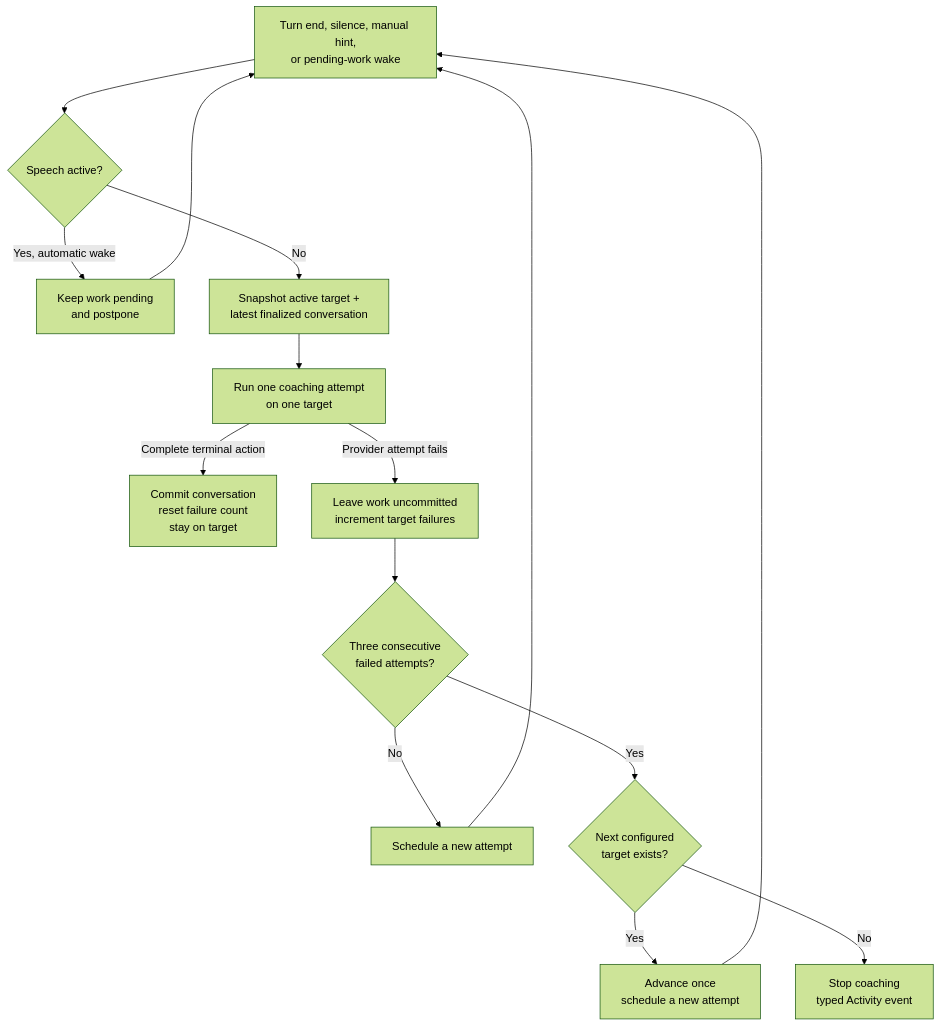
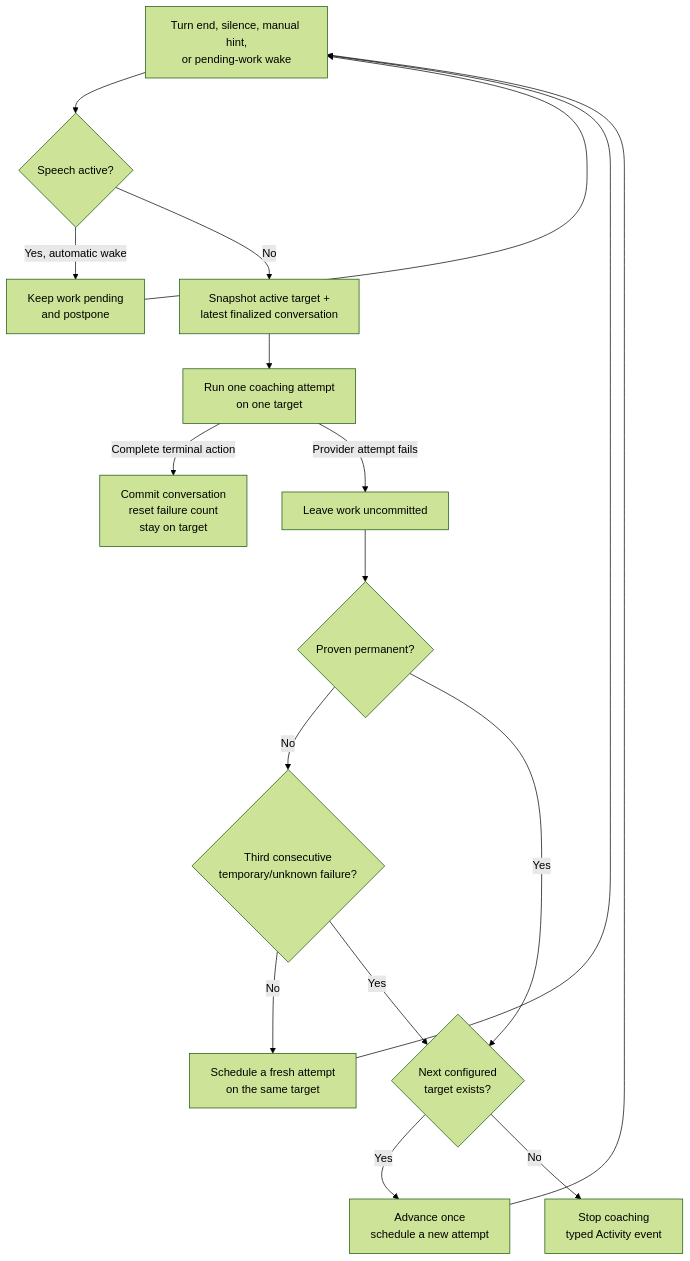
The diagram in wiki/architecture.md (JINGBANZ/jarvis), drawn with Mermaid (forest theme) before and after one commit. The commit also changed other lines of this file and 38 other files, not shown here.

````diff
--- a/wiki/architecture.md
+++ b/wiki/architecture.md
@@ -231,17 +235,19 @@
 ```mermaid
 flowchart TD
     T[Turn end, silence, manual hint,<br/>or pending-work wake] --> S{Speech active?}
     S -- Yes, automatic wake --> P[Keep work pending<br/>and postpone]
     S -- No --> A[Snapshot active target +<br/>latest finalized conversation]
     A --> R[Run one coaching attempt<br/>on one target]
     R -- Complete terminal action --> C[Commit conversation<br/>reset failure count<br/>stay on target]
-    R -- Provider attempt fails --> U[Leave work uncommitted<br/>increment target failures]
-    U --> B{Three consecutive<br/>failed attempts?}
-    B -- No --> W[Schedule a new attempt]
-    B -- Yes --> N{Next configured<br/>target exists?}
+    R -- Provider attempt fails --> U[Leave work uncommitted]
+    U --> D{Proven permanent?}
+    D -- No --> B{Third consecutive<br/>temporary/unknown failure?}
+    B -- No --> W[Schedule a fresh attempt<br/>on the same target]
+    D -- Yes --> N{Next configured<br/>target exists?}
+    B -- Yes --> N
     N -- Yes --> F[Advance once<br/>schedule a new attempt]
     N -- No --> X[Stop coaching<br/>typed Activity event]
     W --> T
     F --> T
     P --> T
 ```
````
